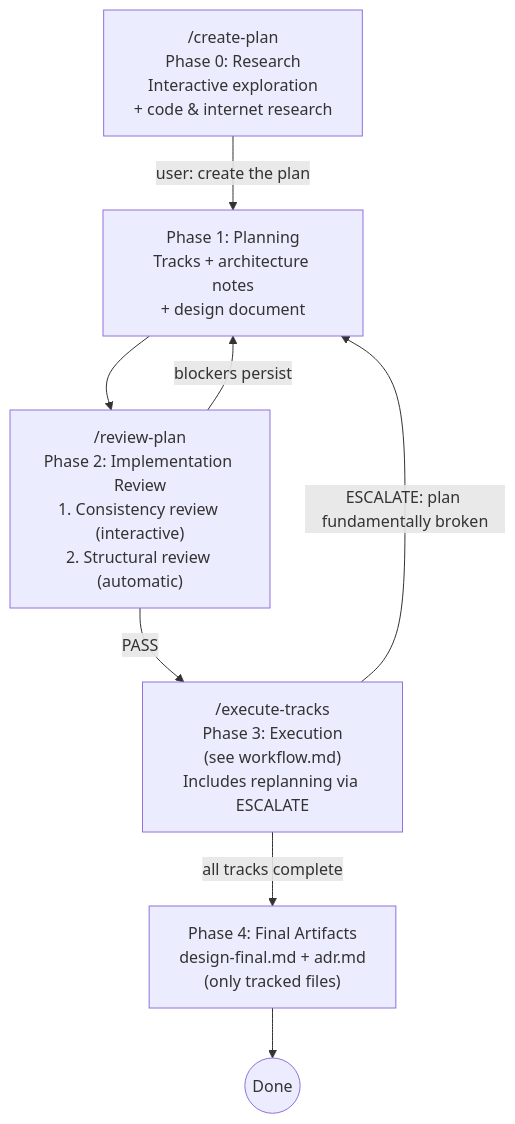
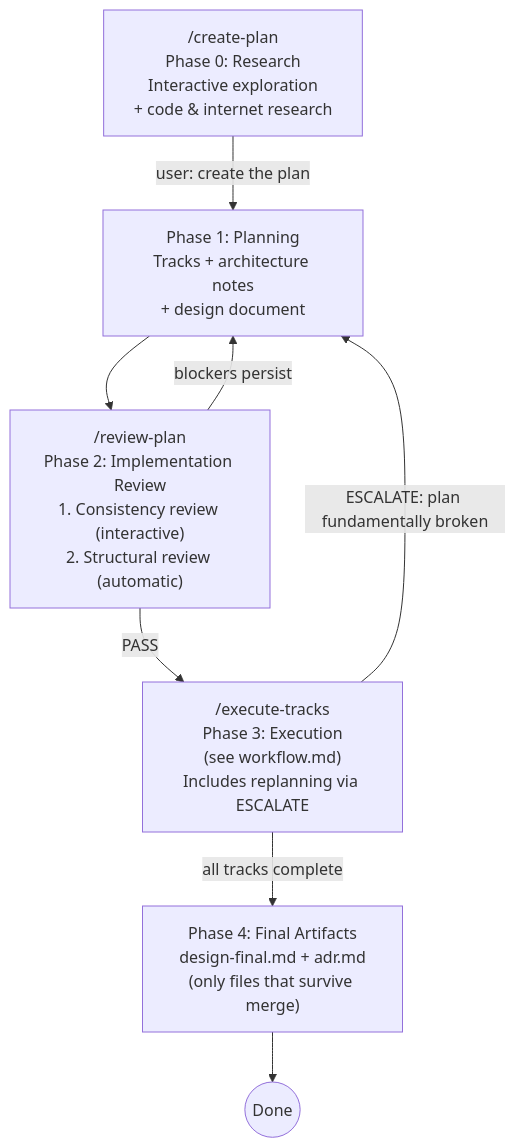
The diagram in .claude/workflow/planning.md (JetBrains/youtrackdb), drawn with Mermaid before and after one commit. The commit also changed other lines of this file and 8 other files, not shown here.

````diff
--- a/.claude/workflow/planning.md
+++ b/.claude/workflow/planning.md
@@ -23,17 +23,17 @@
 ```mermaid
 flowchart TD
     P0["/create-plan\nPhase 0: Research\nInteractive exploration\n+ code & internet research"]
     P1["Phase 1: Planning\nTracks + architecture notes\n+ design document"]
     P2["/review-plan\nPhase 2: Implementation Review\n1. Consistency review (interactive)\n2. Structural review (automatic)"]
     P3["/execute-tracks\nPhase 3: Execution\n(see workflow.md)\nIncludes replanning via ESCALATE"]
-    P4["Phase 4: Final Artifacts\ndesign-final.md + adr.md\n(only tracked files)"]
+    P4["Phase 4: Final Artifacts\ndesign-final.md + adr.md\n(only files that survive merge)"]
     DONE((Done))
 
     P0 -->|"user: create the plan"| P1
     P1 --> P2
     P2 -->|PASS| P3
     P2 -->|blockers persist| P1
     P3 -->|all tracks complete| P4
     P3 -->|ESCALATE: plan fundamentally broken| P1
     P4 --> DONE
 ```
````
